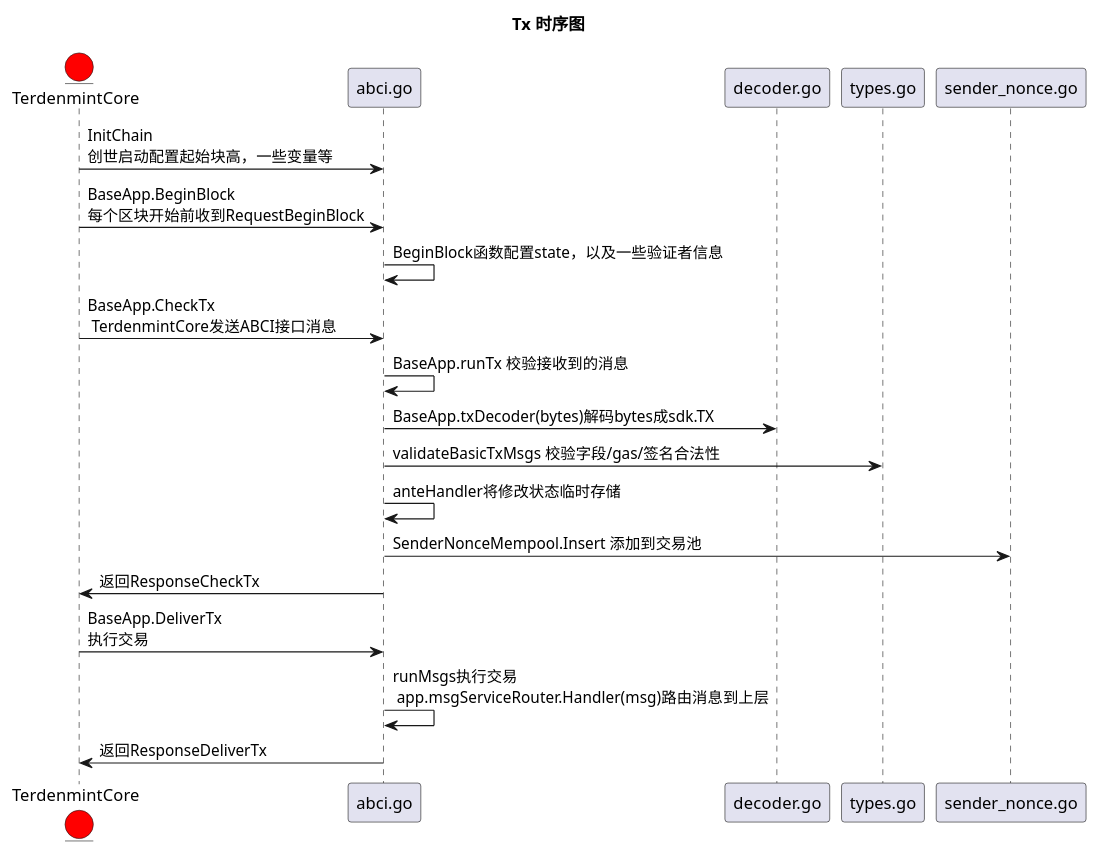
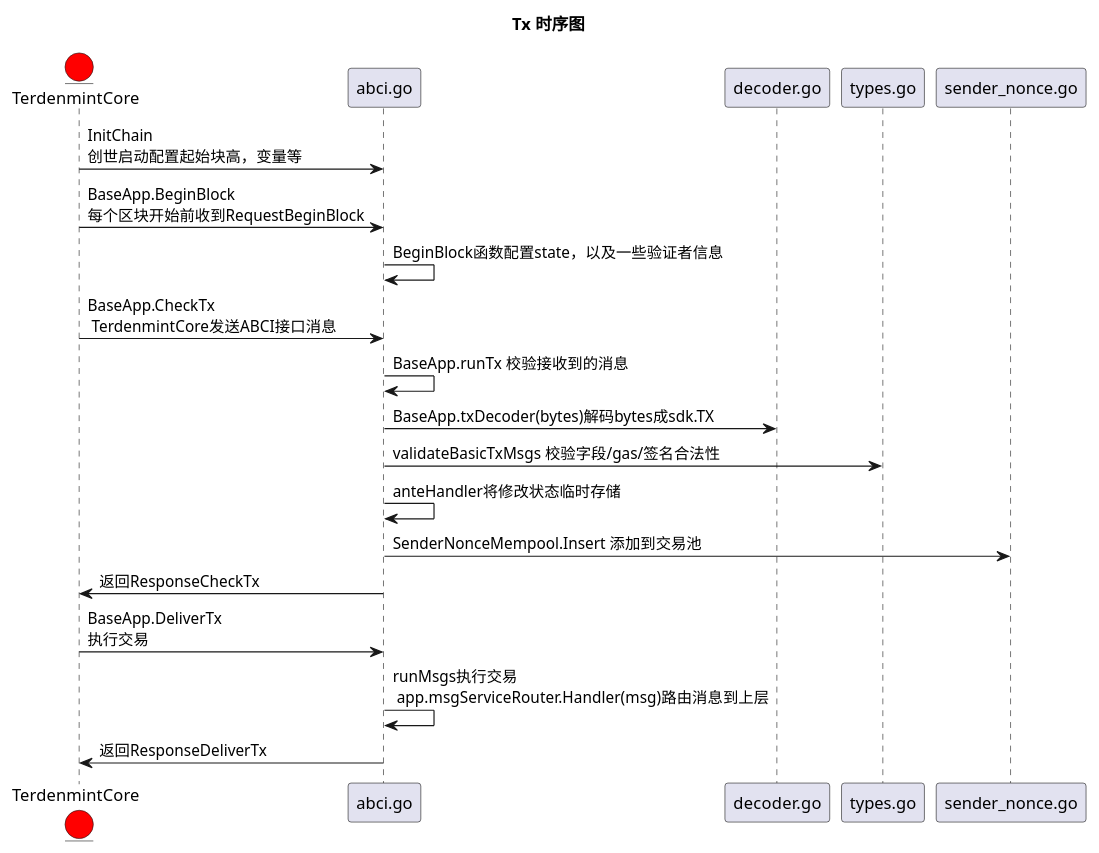
Before and after one commit to LevenSton/Research: the first of 2 diagrams in modular-chain/Modular-Chain/ModularChain note.md, drawn with PlantUML.

````diff
--- a/modular-chain/Modular-Chain/ModularChain note.md
+++ b/modular-chain/Modular-Chain/ModularChain note.md
@@ -31,19 +31,19 @@
 ```plantuml
 @startuml
 title : Tx 时序图
 entity TerdenmintCore #Red
-TerdenmintCore-> abci.go: InitChain\n创世启动配置起始块高，一些变量等
+TerdenmintCore-> abci.go: InitChain\n创世启动配置起始块高，变量等
 TerdenmintCore-> abci.go: BaseApp.BeginBlock\n每个区块开始前收到RequestBeginBlock
 abci.go -> abci.go: BeginBlock函数配置state，以及一些验证者信息
 TerdenmintCore-> abci.go: BaseApp.CheckTx\n TerdenmintCore发送ABCI接口消息
 abci.go -> abci.go: BaseApp.runTx 校验接收到的消息
 abci.go -> decoder.go: BaseApp.txDecoder(bytes)解码bytes成sdk.TX
 abci.go -> types.go: validateBasicTxMsgs 校验字段/gas/签名合法性
 abci.go -> abci.go: anteHandler将修改状态临时存储
 abci.go -> sender_nonce.go: SenderNonceMempool.Insert 添加到交易池
 abci.go -> TerdenmintCore: 返回ResponseCheckTx
 TerdenmintCore-> abci.go: BaseApp.DeliverTx\n执行交易
 abci.go -> abci.go: runMsgs执行交易\n app.msgServiceRouter.Handler(msg)路由消息到上层
 abci.go -> TerdenmintCore: 返回ResponseDeliverTx
 @enduml
 ```
````
